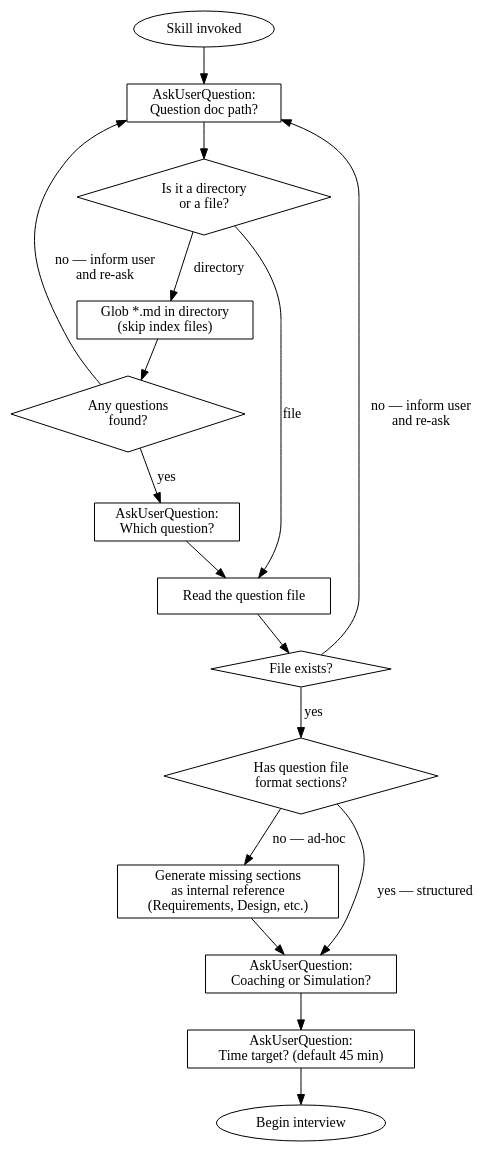
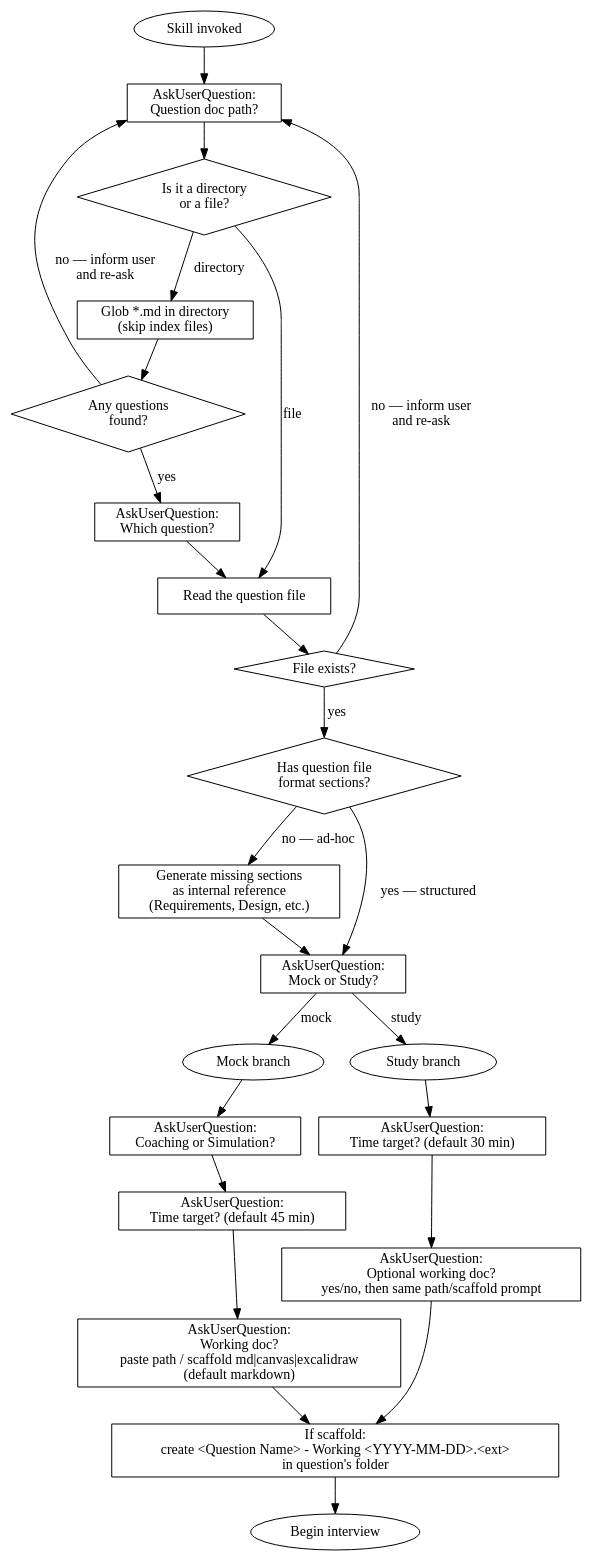
The first of 2 diagrams in .claude/skills/studying-system-design-challenges/SKILL.md (ziyunli/quartz), drawn with Graphviz before and after one commit. The commit also changed other lines of this file and 1 other file, not shown here.

Commit message:
add mode + working-doc to setup flow

````diff
--- a/.claude/skills/studying-system-design-challenges/SKILL.md
+++ b/.claude/skills/studying-system-design-challenges/SKILL.md
@@ -14,37 +14,52 @@
 ```dot
 digraph setup {
   rankdir=TB;
   node [shape=box];
 
   start [label="Skill invoked" shape=ellipse];
   ask_path [label="AskUserQuestion:\nQuestion doc path?" shape=box];
   check_path [label="Is it a directory\nor a file?" shape=diamond];
   list_dir [label="Glob *.md in directory\n(skip index files)" shape=box];
   dir_empty [label="Any questions\nfound?" shape=diamond];
   ask_pick [label="AskUserQuestion:\nWhich question?" shape=box];
   load [label="Read the question file" shape=box];
   file_exists [label="File exists?" shape=diamond];
   check_format [label="Has question file\nformat sections?" shape=diamond];
   gen_structure [label="Generate missing sections\nas internal reference\n(Requirements, Design, etc.)" shape=box];
-  ask_mode [label="AskUserQuestion:\nCoaching or Simulation?" shape=box];
-  ask_time [label="AskUserQuestion:\nTime target? (default 45 min)" shape=box];
+  ask_mode [label="AskUserQuestion:\nMock or Study?" shape=box];
+  mock_branch [label="Mock branch" shape=ellipse];
+  study_branch [label="Study branch" shape=ellipse];
+  ask_submode [label="AskUserQuestion:\nCoaching or Simulation?" shape=box];
+  ask_time_mock [label="AskUserQuestion:\nTime target? (default 45 min)" shape=box];
+  ask_time_study [label="AskUserQuestion:\nTime target? (default 30 min)" shape=box];
+  ask_doc_mock [label="AskUserQuestion:\nWorking doc?\npaste path / scaffold md|canvas|excalidraw\n(default markdown)" shape=box];
+  ask_doc_study [label="AskUserQuestion:\nOptional working doc?\nyes/no, then same path/scaffold prompt" shape=box];
+  scaffold [label="If scaffold:\ncreate <Question Name> - Working <YYYY-MM-DD>.<ext>\nin question's folder" shape=box];
   begin [label="Begin interview" shape=ellipse];
 
   start -> ask_path;
   ask_path -> check_path;
   check_path -> list_dir [label="directory"];
   check_path -> load [label="file"];
   list_dir -> dir_empty;
   dir_empty -> ask_pick [label="yes"];
   dir_empty -> ask_path [label="no — inform user\nand re-ask"];
   ask_pick -> load;
   load -> file_exists;
   file_exists -> check_format [label="yes"];
   file_exists -> ask_path [label="no — inform user\nand re-ask"];
   check_format -> ask_mode [label="yes — structured"];
   check_format -> gen_structure [label="no — ad-hoc"];
   gen_structure -> ask_mode;
-  ask_mode -> ask_time;
-  ask_time -> begin;
+  ask_mode -> mock_branch [label="mock"];
+  ask_mode -> study_branch [label="study"];
+  mock_branch -> ask_submode;
+  ask_submode -> ask_time_mock;
+  ask_time_mock -> ask_doc_mock;
+  ask_doc_mock -> scaffold;
+  study_branch -> ask_time_study;
+  ask_time_study -> ask_doc_study;
+  ask_doc_study -> scaffold;
+  scaffold -> begin;
 }
 ```
````
